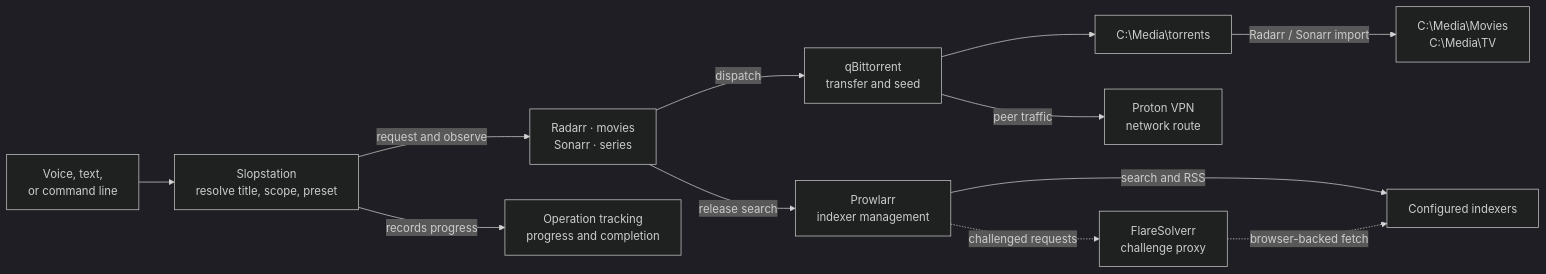
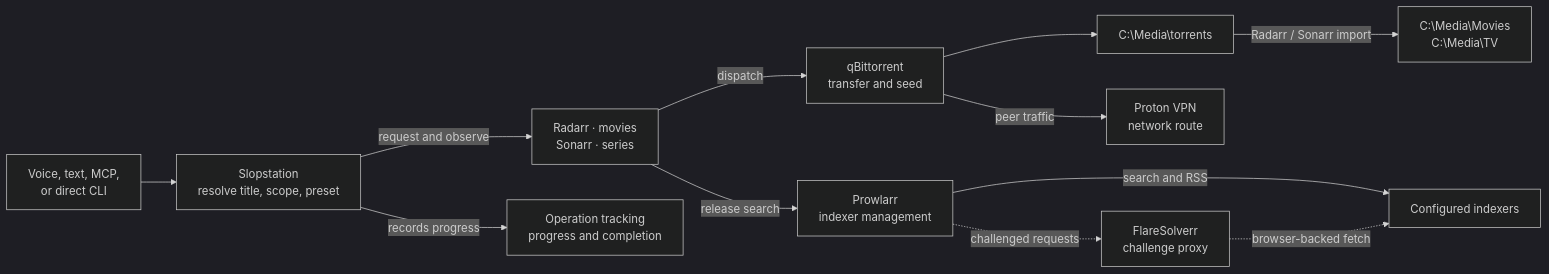
Before and after one commit to trillville/slopstation: the diagram in k15/media/README.md, drawn with Mermaid (dark theme). The commit also changed other lines of this file and 1 other file, not shown here.

Commit message:
docs: document MCP entry point

````diff
--- a/k15/media/README.md
+++ b/k15/media/README.md
@@ -9,15 +10,15 @@
 ```mermaid
 flowchart LR
-    request[Voice, text,<br/>or command line] --> slop[Slopstation<br/>resolve title, scope, preset]
+    request[Voice, text, MCP,<br/>or direct CLI] --> slop[Slopstation<br/>resolve title, scope, preset]
     slop -->|request and observe| managers[Radarr · movies<br/>Sonarr · series]
     managers -->|dispatch| qbit[qBittorrent<br/>transfer and seed]
     qbit --> torrents[C:\Media\torrents]
     torrents -->|Radarr / Sonarr import| libraries[C:\Media\Movies<br/>C:\Media\TV]
 
     slop -->|records progress| ops[Operation tracking<br/>progress and completion]
     managers -->|release search| prowlarr[Prowlarr<br/>indexer management]
     prowlarr -->|search and RSS| indexers[Configured indexers]
     prowlarr -. challenged requests .-> flaresolverr[FlareSolverr<br/>challenge proxy]
     flaresolverr -. browser-backed fetch .-> indexers
     qbit -->|peer traffic| proton[Proton VPN<br/>network route]
 ```
````
